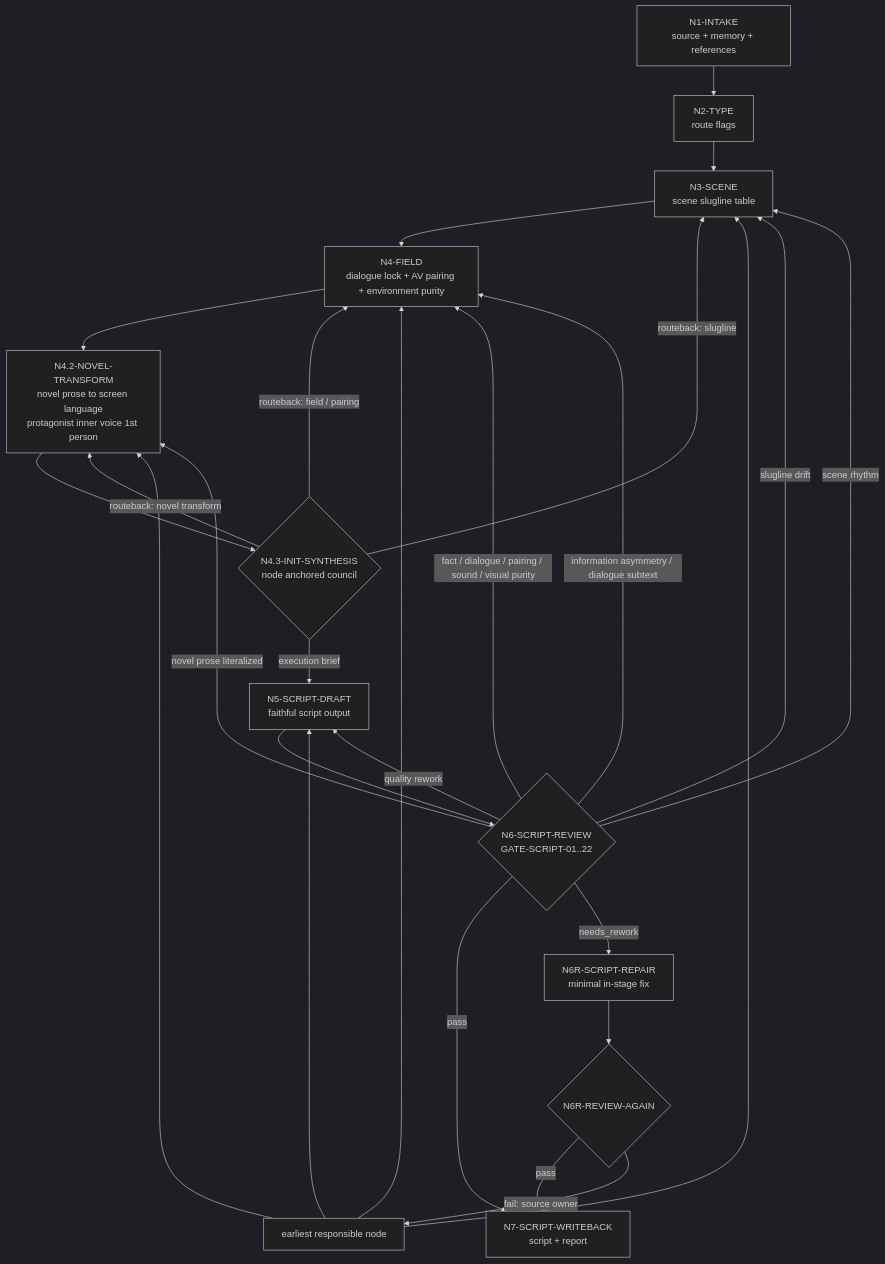
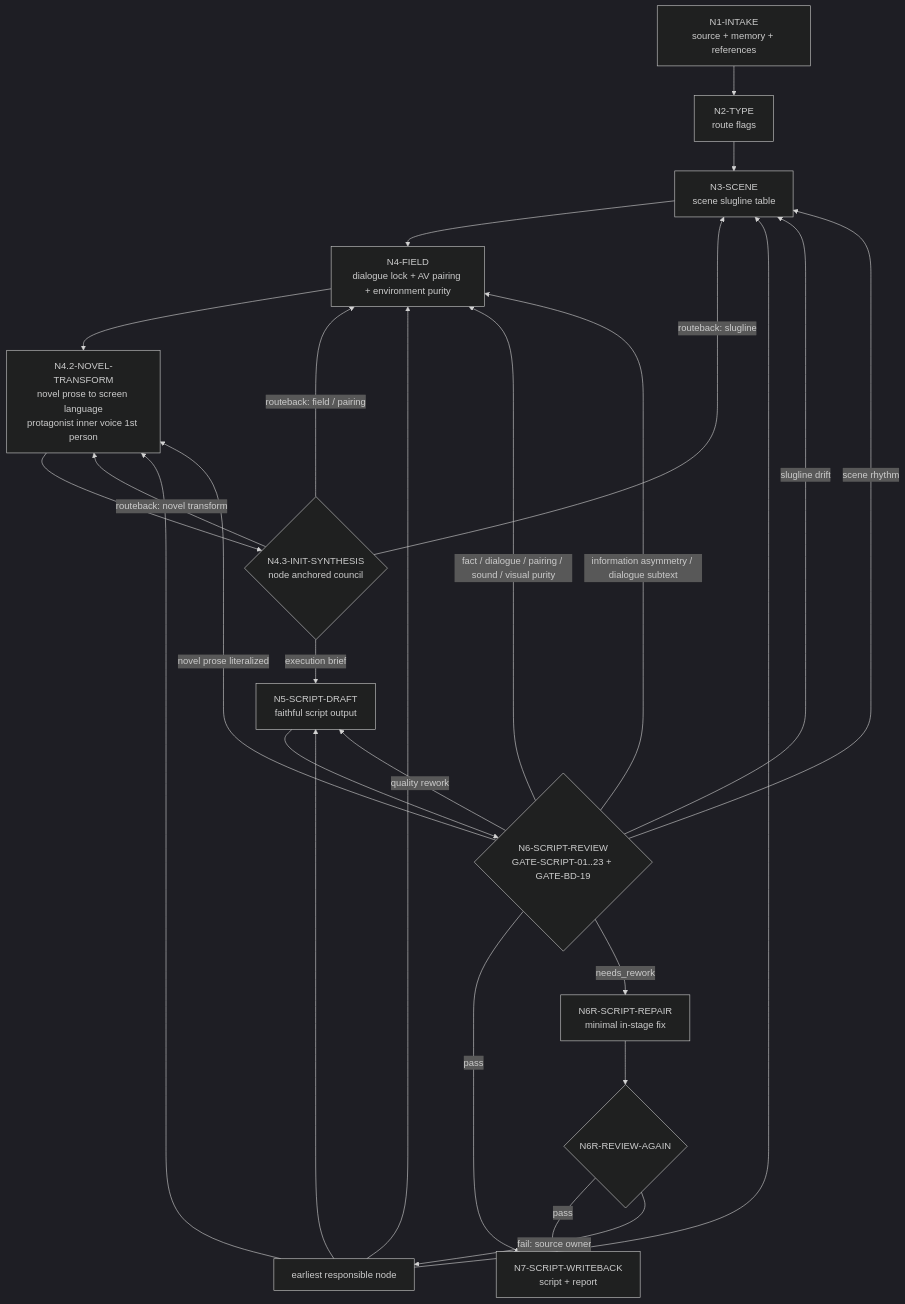
One commit to ZEN-VOID/AI-CUT changed the first of 2 diagrams in .agents/skills/aigc/2-编导/steps/script-layer-workflow.md. Above: the diagram before and after it, drawn with Mermaid (dark theme). The commit also changed other lines of this file and 19 other files, not shown here.

````diff
--- a/.agents/skills/aigc/2-编导/steps/script-layer-workflow.md
+++ b/.agents/skills/aigc/2-编导/steps/script-layer-workflow.md
@@ -170,28 +176,28 @@
 ```mermaid
 flowchart TD
     A["N1-INTAKE\nsource + memory + references"] --> B["N2-TYPE\nroute flags"]
     B --> C["N3-SCENE\nscene slugline table"]
     C --> D["N4-FIELD\ndialogue lock + AV pairing + environment purity"]
     D --> NT["N4.2-NOVEL-TRANSFORM\nnovel prose to screen language\nprotagonist inner voice 1st person"]
     NT --> ADV{"N4.3-INIT-SYNTHESIS\nnode anchored council"}
     ADV -->|"routeback: slugline"| C
     ADV -->|"routeback: field / pairing"| D
     ADV -->|"routeback: novel transform"| NT
     ADV -->|"execution brief"| E["N5-SCRIPT-DRAFT\nfaithful script output"]
-    E --> F{"N6-SCRIPT-REVIEW\nGATE-SCRIPT-01..22"}
+    E --> F{"N6-SCRIPT-REVIEW\nGATE-SCRIPT-01..23 + GATE-BD-19"}
     F -->|"pass"| G["N7-SCRIPT-WRITEBACK\nscript + report"]
     F -->|"needs_rework"| R["N6R-SCRIPT-REPAIR\nminimal in-stage fix"]
     R --> RR{"N6R-REVIEW-AGAIN"}
     RR -->|"pass"| G
     RR -->|"fail: source owner"| BACK["earliest responsible node"]
     BACK --> C
     BACK --> D
     BACK --> NT
     BACK --> E
     F -->|"slugline drift"| C
     F -->|"fact / dialogue / pairing / sound / visual purity"| D
     F -->|"novel prose literalized"| NT
     F -->|"information asymmetry / dialogue subtext"| D
     F -->|"scene rhythm"| C
     F -->|"quality rework"| E
 ```
````
